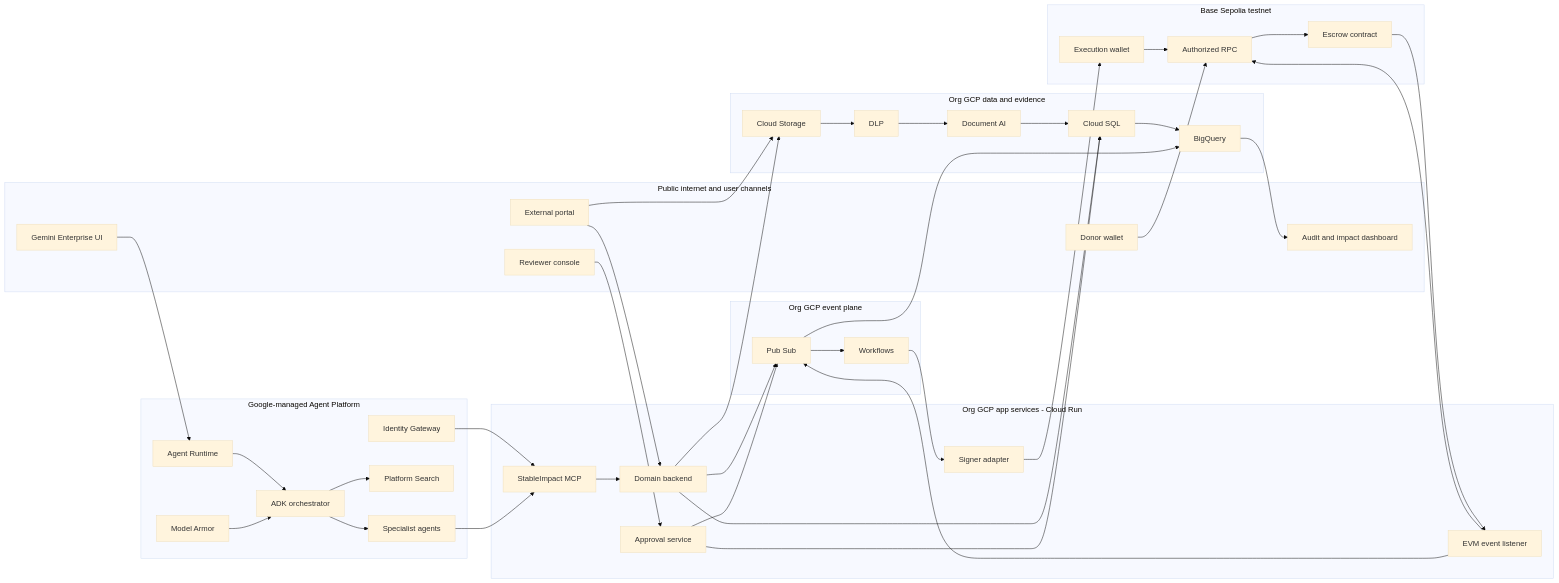
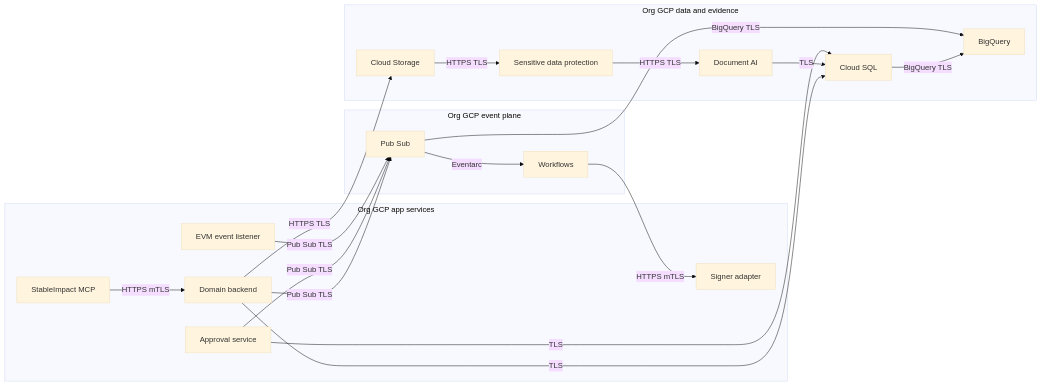
Before and after one commit to eweinmanepam/Documents: the second of 21 diagrams in stableimpact-design.md, drawn with Mermaid (base theme). The commit also changed other lines of this file, not shown here.

````diff
--- a/stableimpact-design.md
+++ b/stableimpact-design.md
@@ -36,83 +65,41 @@
 ```mermaid
 flowchart LR
-  subgraph Public[Public internet and user channels]
-    GE[Gemini Enterprise UI]
-    PORTAL[External portal]
-    REVIEW[Reviewer console]
-    DASH[Audit and impact dashboard]
-    DONORW[Donor wallet]
-  end
-
-  subgraph Platform[Google-managed Agent Platform]
-    RUNTIME[Agent Runtime]
-    ORCH[ADK orchestrator]
-    AGENTS[Specialist agents]
-    SEARCH[Platform Search]
-    GOVERN[Identity Gateway]
-    ARMOR[Model Armor]
-  end
-
-  subgraph AppSvc[Org GCP app services - Cloud Run]
-    MCP[StableImpact MCP]
-    API[Domain backend]
-    APPROVAL[Approval service]
-    LISTENER[EVM event listener]
-    SIGNER[Signer adapter]
+  subgraph AppSvc[Org GCP app services]
+    H2_MCP[StableImpact MCP]
+    H2_API[Domain backend]
+    H2_APPROVAL[Approval service]
+    H2_LISTENER[EVM event listener]
+    H2_SIGNER[Signer adapter]
   end
 
   subgraph DataZone[Org GCP data and evidence]
-    SQL[Cloud SQL]
-    GCS[Cloud Storage]
-    DLP[DLP]
-    DOC[Document AI]
-    BQ[BigQuery]
+    H2_SQL[Cloud SQL]
+    H2_GCS[Cloud Storage]
+    H2_DLP[Sensitive data protection]
+    H2_DOC[Document AI]
+    H2_BQ[BigQuery]
   end
 
   subgraph EventZone[Org GCP event plane]
-    PS[Pub Sub]
-    WF[Workflows]
+    H2_PS[Pub Sub]
+    H2_WF[Workflows]
   end
 
-  subgraph Chain[Base Sepolia testnet]
-    RPC[Authorized RPC]
-    CONTRACT[Escrow contract]
-    WALLET[Execution wallet]
-  end
+  H2_MCP -->|HTTPS mTLS| H2_API
+  H2_API -->|TLS| H2_SQL
+  H2_API -->|HTTPS TLS| H2_GCS
+  H2_GCS -->|HTTPS TLS| H2_DLP
+  H2_DLP -->|HTTPS TLS| H2_DOC
+  H2_DOC -->|TLS| H2_SQL
 
-  GE --> RUNTIME
-  RUNTIME --> ORCH
-  ORCH --> AGENTS
-  ORCH --> SEARCH
-  ARMOR --> ORCH
-  GOVERN --> MCP
+  H2_API -->|Pub Sub TLS| H2_PS
+  H2_APPROVAL -->|TLS| H2_SQL
+  H2_APPROVAL -->|Pub Sub TLS| H2_PS
 
-  PORTAL --> API
-  PORTAL --> GCS
-  REVIEW --> APPROVAL
-  DONORW --> RPC
+  H2_LISTENER -->|Pub Sub TLS| H2_PS
+  H2_PS -->|Eventarc| H2_WF
+  H2_WF -->|HTTPS mTLS| H2_SIGNER
 
-  AGENTS --> MCP
-  MCP --> API
-  API --> SQL
-  API --> GCS
-  GCS --> DLP
-  DLP --> DOC
-  DOC --> SQL
-
-  API --> PS
-  APPROVAL --> SQL
-  APPROVAL --> PS
-
-  PS --> WF
-  WF --> SIGNER
-  SIGNER --> WALLET
-  WALLET --> RPC
-  RPC --> CONTRACT
-  CONTRACT --> LISTENER
-  LISTENER --> RPC
-  LISTENER --> PS
-
-  SQL --> BQ
-  PS --> BQ
-  BQ --> DASH
+  H2_SQL -->|BigQuery TLS| H2_BQ
+  H2_PS -->|BigQuery TLS| H2_BQ
 ```
````
